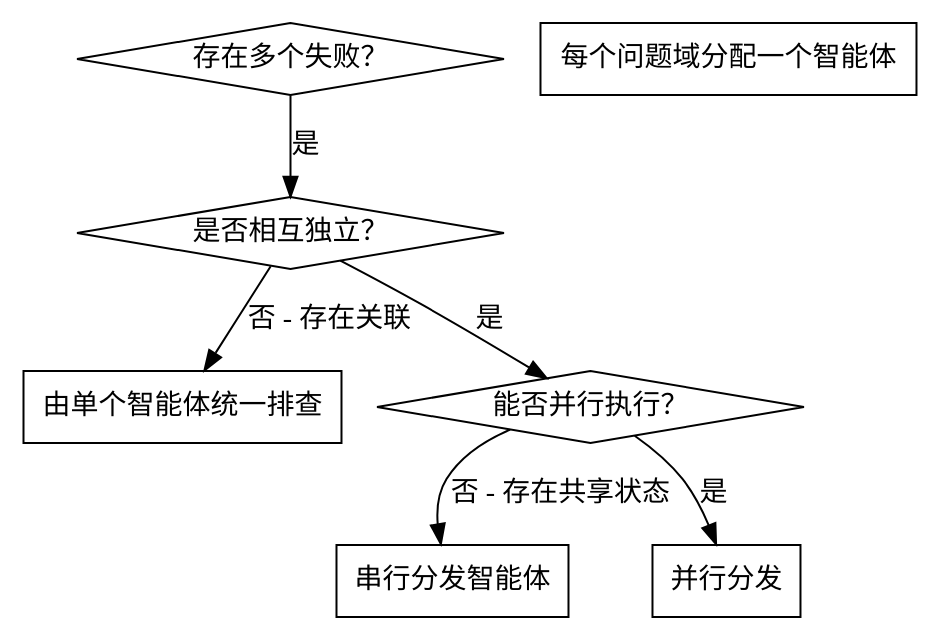
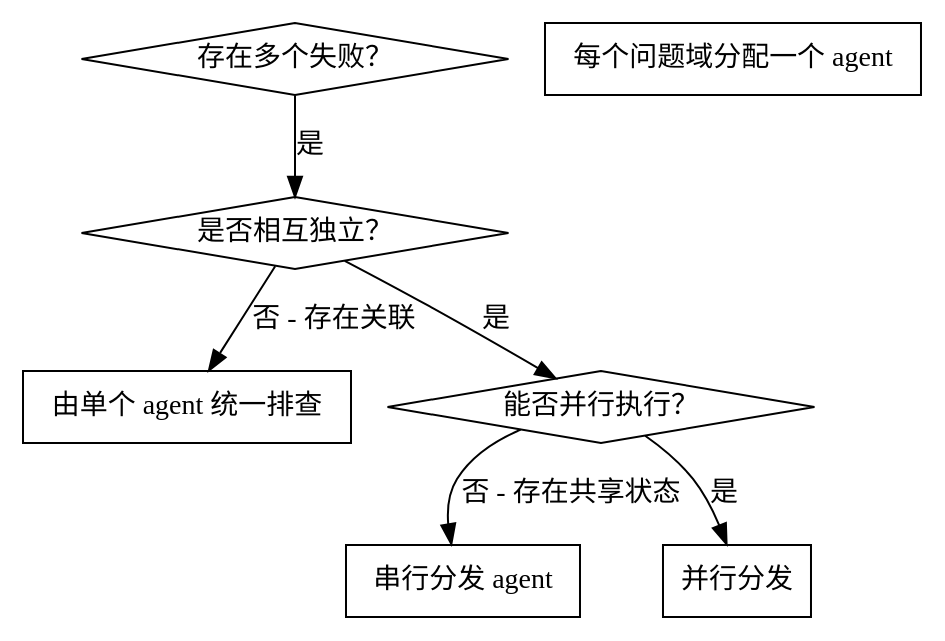
The diagram in skills/dispatching-parallel-agents/SKILL.md (Wenaixi/dsh-superpower), drawn with Graphviz before and after one commit. The commit also changed other lines of this file and 57 other files, not shown here.

````diff
--- a/skills/dispatching-parallel-agents/SKILL.md
+++ b/skills/dispatching-parallel-agents/SKILL.md
@@ -18,17 +18,17 @@
 ```dot
 digraph when_to_use {
     "存在多个失败？" [shape=diamond];
     "是否相互独立？" [shape=diamond];
-    "由单个智能体统一排查" [shape=box];
-    "每个问题域分配一个智能体" [shape=box];
+    "由单个 agent 统一排查" [shape=box];
+    "每个问题域分配一个 agent" [shape=box];
     "能否并行执行？" [shape=diamond];
-    "串行分发智能体" [shape=box];
+    "串行分发 agent" [shape=box];
     "并行分发" [shape=box];
 
     "存在多个失败？" -> "是否相互独立？" [label="是"];
-    "是否相互独立？" -> "由单个智能体统一排查" [label="否 - 存在关联"];
+    "是否相互独立？" -> "由单个 agent 统一排查" [label="否 - 存在关联"];
     "是否相互独立？" -> "能否并行执行？" [label="是"];
     "能否并行执行？" -> "并行分发" [label="是"];
-    "能否并行执行？" -> "串行分发智能体" [label="否 - 存在共享状态"];
+    "能否并行执行？" -> "串行分发 agent" [label="否 - 存在共享状态"];
 }
 ```
````
